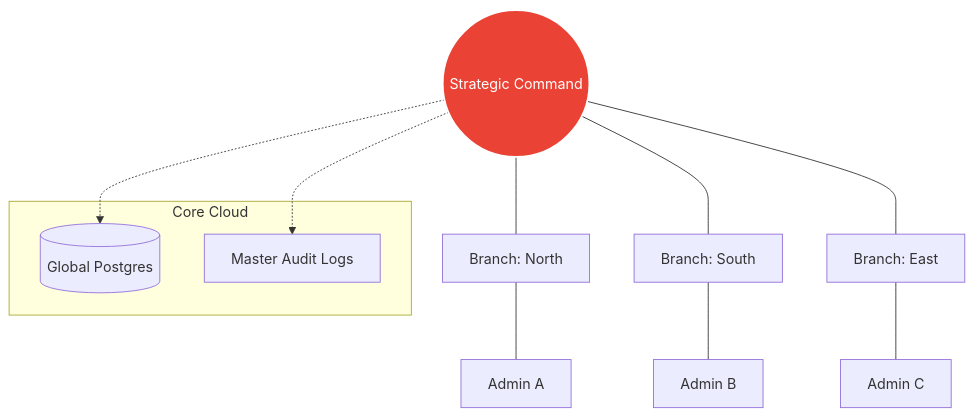
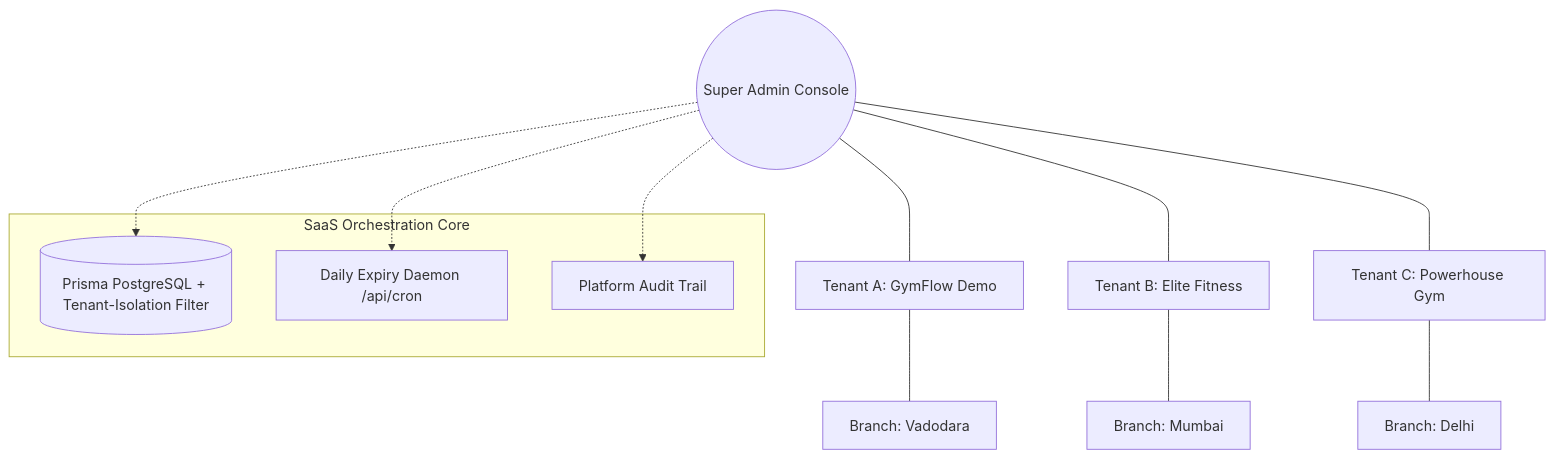
One commit to Eternalcodertanishq3/Advanced-Gym-Portal changed the first of 2 diagrams in docs/super-admin.md. Above: the diagram before and after it, drawn with Mermaid. The commit also changed other lines of this file and 1 other file, not shown here.

Commit message:
docs: update README and Super Admin modules documentation for multi-tenancy and dynamic localization

````diff
--- a/docs/super-admin.md
+++ b/docs/super-admin.md
@@ -17,20 +19,20 @@
 ```mermaid
 graph TD
-    SC((Strategic Command)) --- B1[Branch: North]
-    SC --- B2[Branch: South]
-    SC --- B3[Branch: East]
+    SC((Super Admin Console)) --- T1[Tenant A: GymFlow Demo]
+    SC --- T2[Tenant B: Elite Fitness]
+    SC --- T3[Tenant C: Powerhouse Gym]
     
-    B1 --- A1[Admin A]
-    B2 --- A2[Admin B]
-    B3 --- A3[Admin C]
+    T1 --- B1[Branch: Vadodara]
+    T2 --- B2[Branch: Mumbai]
+    T3 --- B3[Branch: Delhi]
     
-    subgraph "Core Cloud"
-    DB[(Global Postgres)]
-    AL[Master Audit Logs]
+    subgraph "SaaS Orchestration Core"
+    DB[(Prisma PostgreSQL + Tenant-Isolation Filter)]
+    Cron[Daily Expiry Daemon /api/cron]
+    AL[Platform Audit Trail]
     end
     
     SC -.-> DB
+    SC -.-> Cron
     SC -.-> AL
-    
-    style SC fill:#EA4335,stroke:#fff,stroke-width:2px,color:#fff
 ```
````
